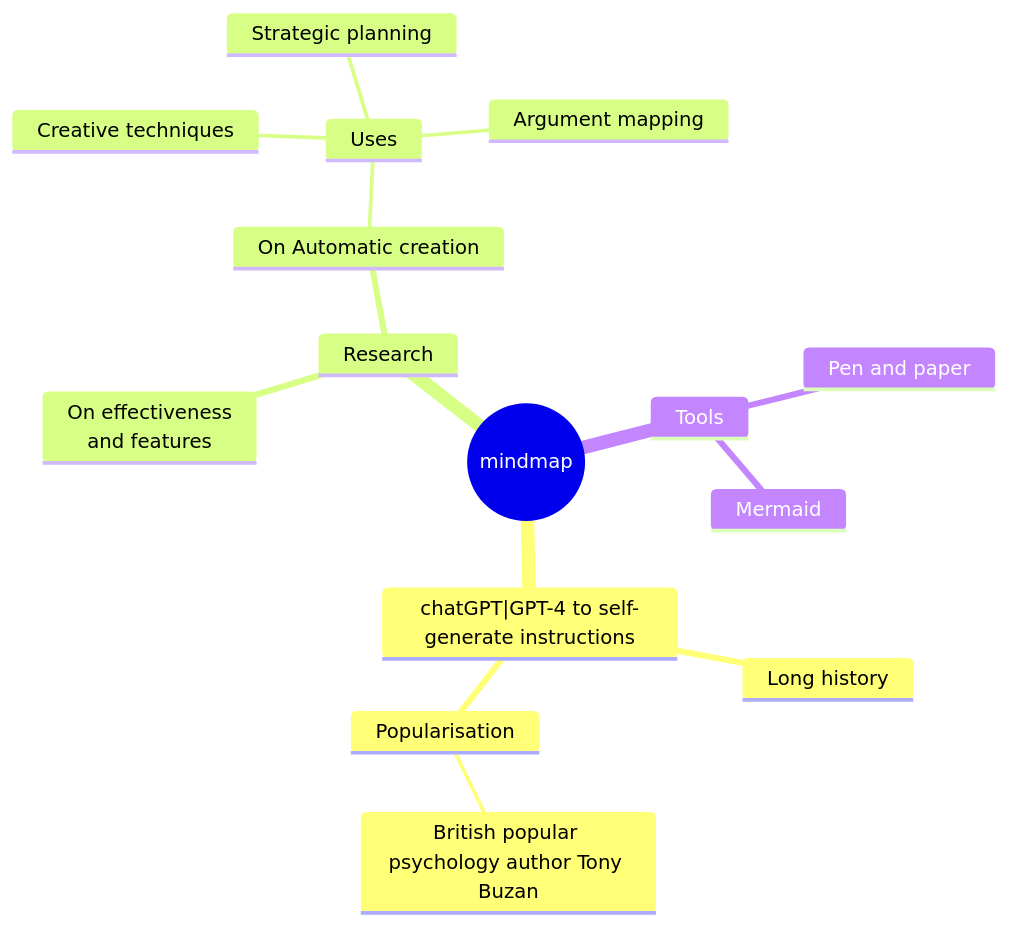
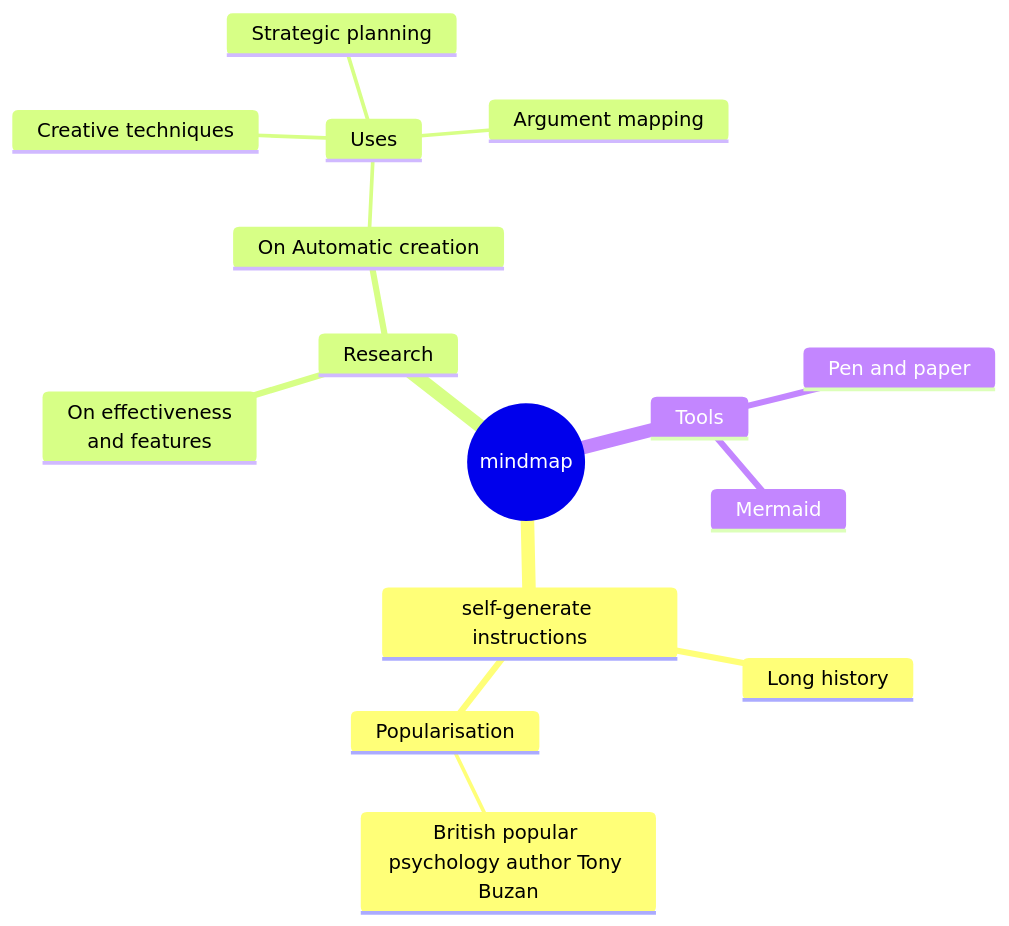
The diagram in README.md (langbridgeai/Open-Instructions), drawn with Mermaid before and after one commit.

````diff
--- a/README.md
+++ b/README.md
@@ -62,21 +62,21 @@
 ```mermaid
 mindmap
   root((mindmap))
-    chatGPT|GPT-4 to self-generate instructions
+    self-generate instructions
       Long history
       ::icon(fa fa-book)
       Popularisation
         British popular psychology author Tony Buzan
     Research
       On effectiveness<br/>and features
       On Automatic creation
         Uses
             Creative techniques
             Strategic planning
             Argument mapping
     Tools
       Pen and paper
       Mermaid
 
 
 ```
````
